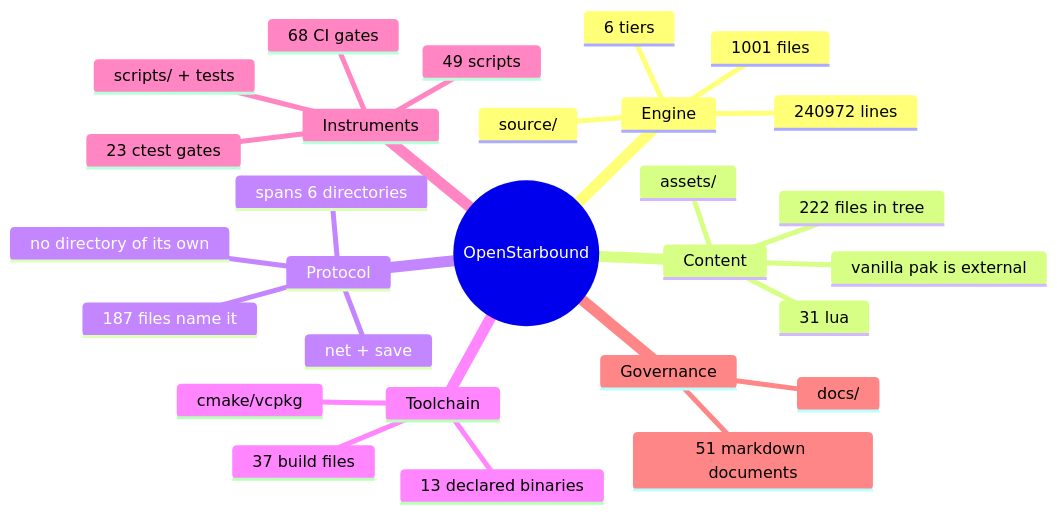
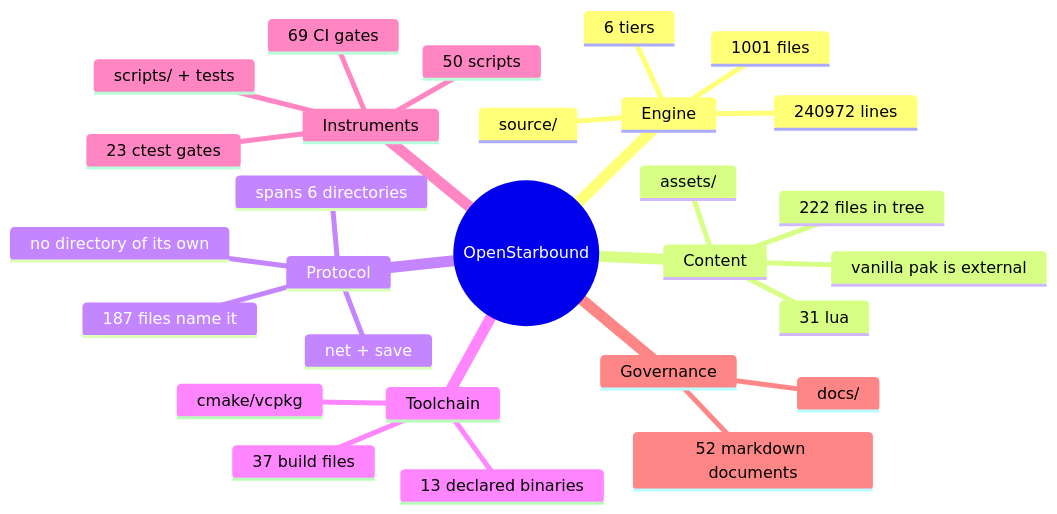
One commit to apnex/OpenStarbound changed the second of 11 diagrams in docs/architecture/system-boundaries.md. Above: the diagram before and after it, drawn with Mermaid. The commit also changed 2 other files, not shown here.

First paragraph of the commit message:
#276 GPUTIMER-TAX: measured at 10.2%, and my 37% was attribution mistaken for causation
Four interleaved legs at Desert Town, on/off/on/off, differing only by
STAR_NO_PERPASS_GPU_TIMERS=1. Evidence: docs/evidence/gputimer-tax.md.

````diff
--- a/docs/architecture/system-boundaries.md
+++ b/docs/architecture/system-boundaries.md
@@ -166,31 +166,31 @@
 ```mermaid
 mindmap
   root((OpenStarbound))
     Engine
       source/
       1001 files
       240972 lines
       6 tiers
     Content
       assets/
       222 files in tree
       31 lua
       vanilla pak is external
     Protocol
       net + save
       187 files name it
       spans 6 directories
       no directory of its own
     Toolchain
       cmake/vcpkg
       37 build files
       13 declared binaries
     Instruments
       scripts/ + tests
-      49 scripts
+      50 scripts
       23 ctest gates
-      68 CI gates
+      69 CI gates
     Governance
       docs/
-      51 markdown documents
+      52 markdown documents
 ```
````
